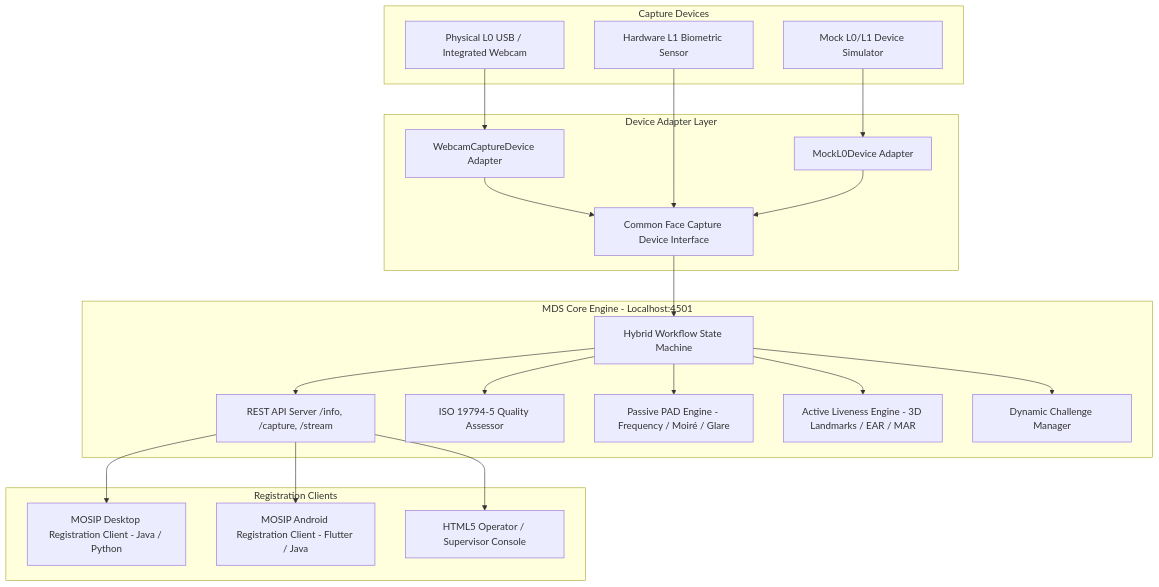
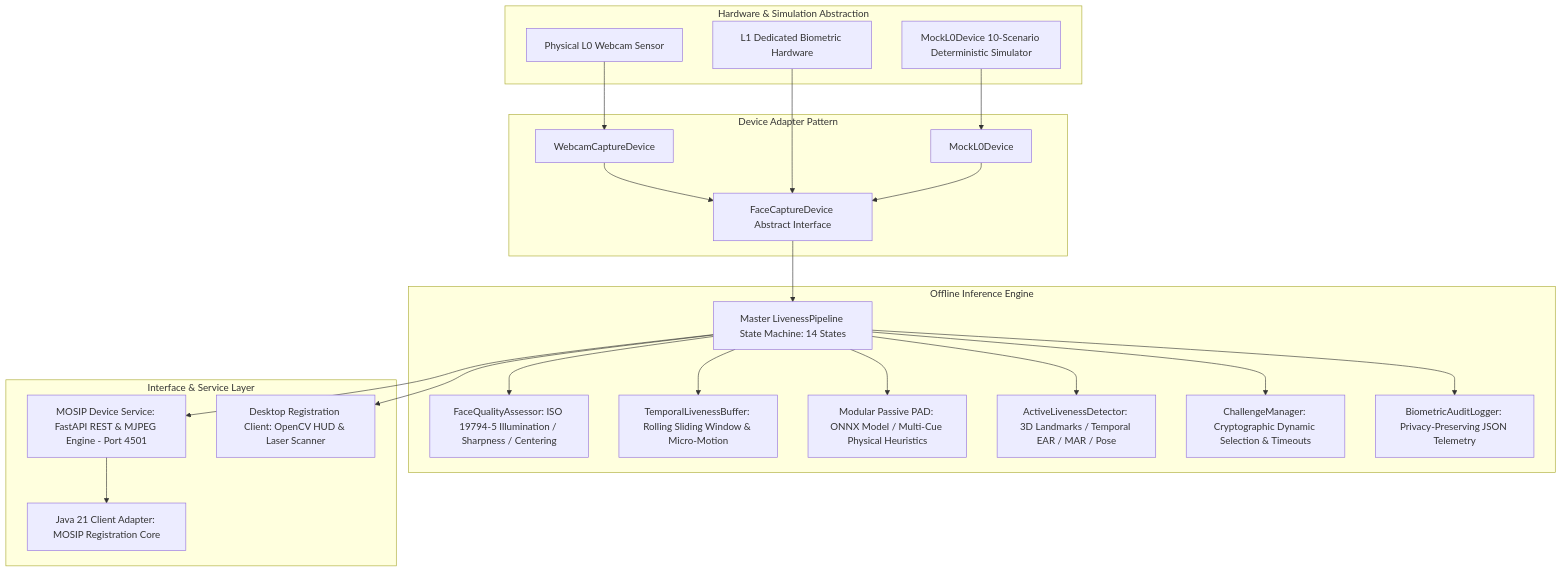
Before and after one commit to car-ui/mosip-face-liveness-pad: the first of 2 diagrams in docs/TECHNICAL_DESIGN.md, drawn with Mermaid. The commit also changed other lines of this file and 25 other files, not shown here.

````diff
--- a/docs/TECHNICAL_DESIGN.md
+++ b/docs/TECHNICAL_DESIGN.md
@@ -18,44 +20,46 @@
 ```mermaid
 flowchart TD
-    subgraph Capture Devices
-        HW1[Physical L0 USB / Integrated Webcam]
-        HW2[Hardware L1 Biometric Sensor]
-        SIM[Mock L0/L1 Device Simulator]
+    subgraph Device Layer [Hardware & Simulation Abstraction]
+        HW1[Physical L0 Webcam Sensor]
+        HW2[L1 Dedicated Biometric Hardware]
+        SIM[MockL0Device 10-Scenario Deterministic Simulator]
     end
 
-    subgraph Device Adapter Layer
-        DIF[Common Face Capture Device Interface]
-        WAdapter[WebcamCaptureDevice Adapter]
-        MAdapter[MockL0Device Adapter]
+    subgraph Device Adapter Layer [Device Adapter Pattern]
+        DIF[FaceCaptureDevice Abstract Interface]
+        WAdapter[WebcamCaptureDevice]
+        MAdapter[MockL0Device]
     end
 
-    subgraph MOSIP Device Service [MDS Core Engine - Localhost:4501]
-        REST[REST API Server /info, /capture, /stream]
-        QA[ISO 19794-5 Quality Assessor]
-        PAD[Passive PAD Engine - Frequency / Moiré / Glare]
-        AL[Active Liveness Engine - 3D Landmarks / EAR / MAR]
-        CM[Dynamic Challenge Manager]
-        StateMachine[Hybrid Workflow State Machine]
+    subgraph Core Processing Pipeline [Offline Inference Engine]
+        QA[FaceQualityAssessor: ISO 19794-5 Illumination / Sharpness / Centering]
+        TB[TemporalLivenessBuffer: Rolling Sliding Window & Micro-Motion]
+        PAD[Modular Passive PAD: ONNX Model / Multi-Cue Physical Heuristics]
+        AL[ActiveLivenessDetector: 3D Landmarks / Temporal EAR / MAR / Pose]
+        CM[ChallengeManager: Cryptographic Dynamic Selection & Timeouts]
+        ALog[BiometricAuditLogger: Privacy-Preserving JSON Telemetry]
+        SM[Master LivenessPipeline State Machine: 14 States]
     end
 
-    subgraph Registration Clients
-        DeskUI[MOSIP Desktop Registration Client - Java / Python]
-        AndUI[MOSIP Android Registration Client - Flutter / Java]
-        WebConsole[HTML5 Operator / Supervisor Console]
+    subgraph Interface & Service Layer
+        MDS[MOSIP Device Service: FastAPI REST & MJPEG Engine - Port 4501]
+        DesktopUI[Desktop Registration Client: OpenCV HUD & Laser Scanner]
+        JavaAdapter[Java 21 Client Adapter: MOSIP Registration Core]
     end
 
     HW1 --> WAdapter --> DIF
     HW2 --> DIF
     SIM --> MAdapter --> DIF
 
-    DIF --> StateMachine
-    StateMachine --> QA
-    StateMachine --> PAD
-    StateMachine --> AL
-    StateMachine --> CM
+    DIF --> SM
+    SM --> QA
+    SM --> TB
+    SM --> PAD
+    SM --> AL
+    SM --> CM
+    SM --> ALog
 
-    StateMachine --> REST
-    REST --> DeskUI
-    REST --> AndUI
-    REST --> WebConsole
+    SM --> MDS
+    SM --> DesktopUI
+    MDS --> JavaAdapter
 ```
````
